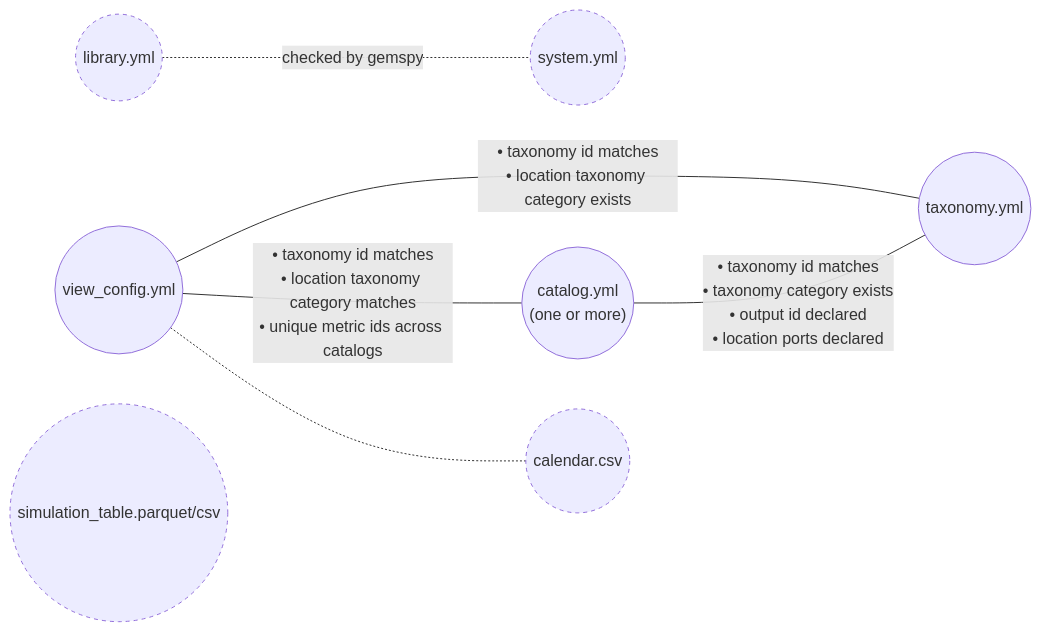
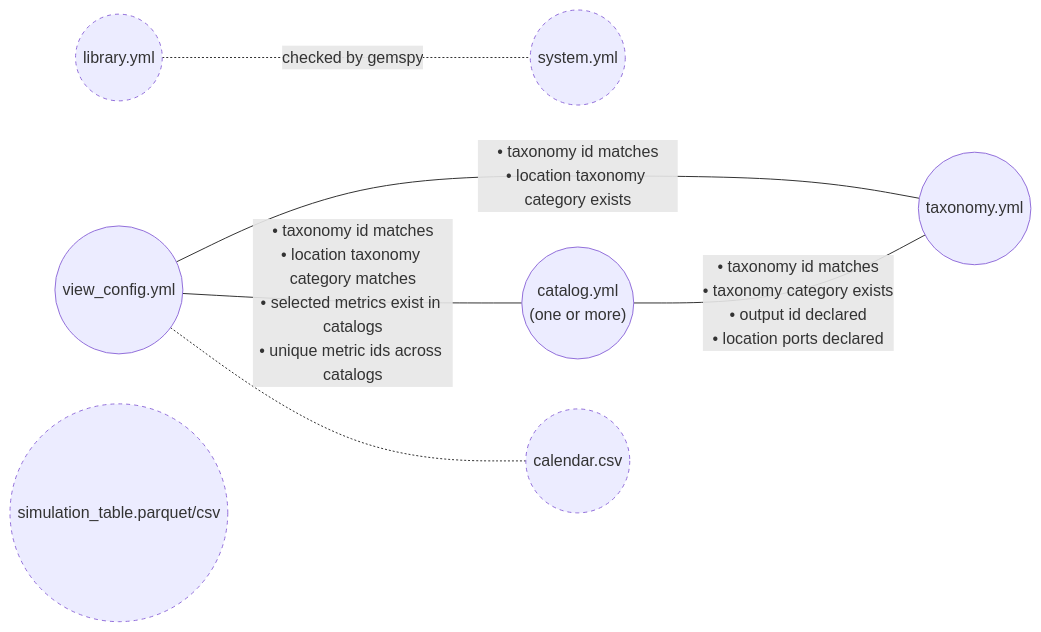
The diagram in docs/input_validation_diagram.md (AntaresSimulatorTeam/GEMS-ViewsBuilder), drawn with Mermaid before and after one commit. The commit also changed other lines of this file and 3 other files, not shown here.

First line of the commit message:
feat(validation): enhance metric validation in catalogs

````diff
--- a/docs/input_validation_diagram.md
+++ b/docs/input_validation_diagram.md
@@ -6,20 +6,20 @@
 ```mermaid
 graph LR
     catalog(("catalog.yml<br/>(one or more)"))
     taxonomy(("taxonomy.yml"))
     view_config(("view_config.yml"))
     library(("library.yml"))
     system(("system.yml"))
     simulation_table(("simulation_table.parquet/csv"))
     calendar(("calendar.csv"))
 
     catalog -- "• taxonomy id matches<br/>• taxonomy category exists<br/>• output id declared<br/>• location ports declared" --- taxonomy
     view_config -- "• taxonomy id matches<br/>• location taxonomy category exists" --- taxonomy
-    view_config -- "• taxonomy id matches<br/>• location taxonomy category matches<br/>• unique metric ids across catalogs" --- catalog
+    view_config -- "• taxonomy id matches<br/>• location taxonomy category matches<br/>• selected metrics exist in catalogs<br/>• unique metric ids across catalogs" --- catalog
 
     library -. "checked by gemspy" .- system
     view_config -.- calendar
 
     classDef unvalidated stroke-dasharray: 4 4;
     class library,system,simulation_table,calendar unvalidated;
 ```
````
